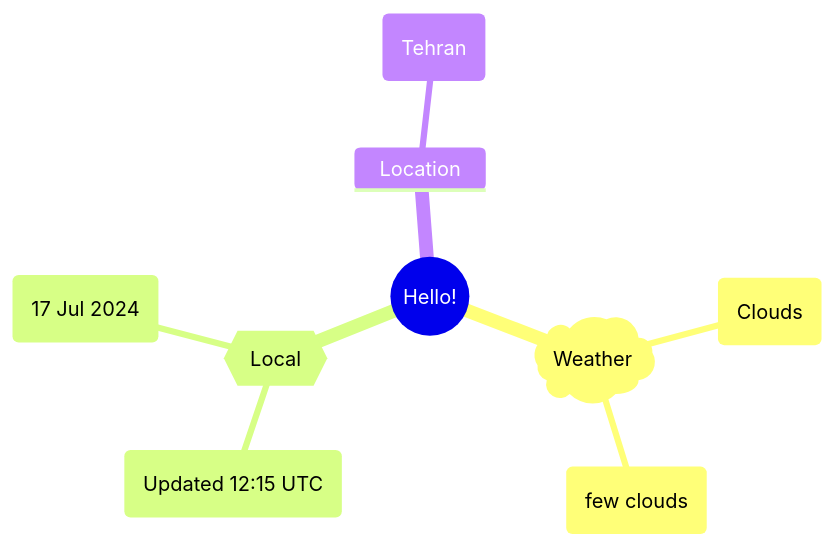
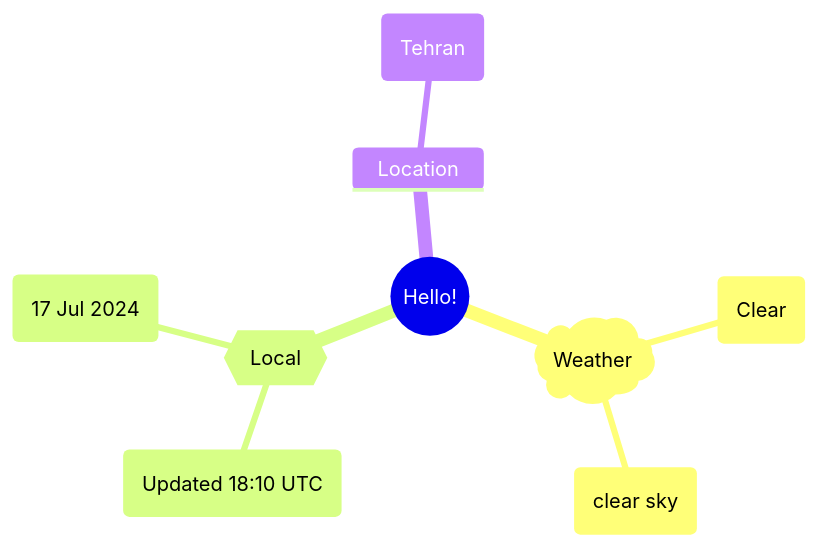
One commit to Xosrov/Xosrov changed the first of 2 diagrams in README.md. Above: the diagram before and after it, drawn with Mermaid.

Commit message:
[bot] updated images

````diff
--- a/README.md
+++ b/README.md
@@ -3,12 +3,12 @@
 ```mermaid
 mindmap
   root((Hello!))
     )Weather(
-        (Clouds)
-        (few clouds)
+        (Clear)
+        (clear sky)
     {{Local}}
-        (Updated 12:15 UTC)
+        (Updated 18:10 UTC)
         (17 Jul 2024)
     Location
         (Tehran)
 ```
````
